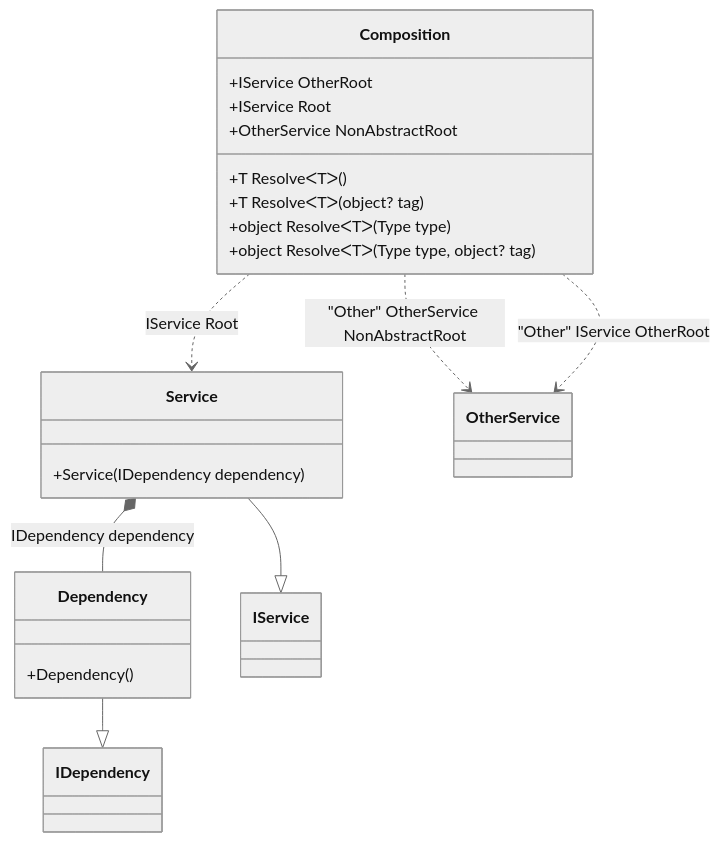
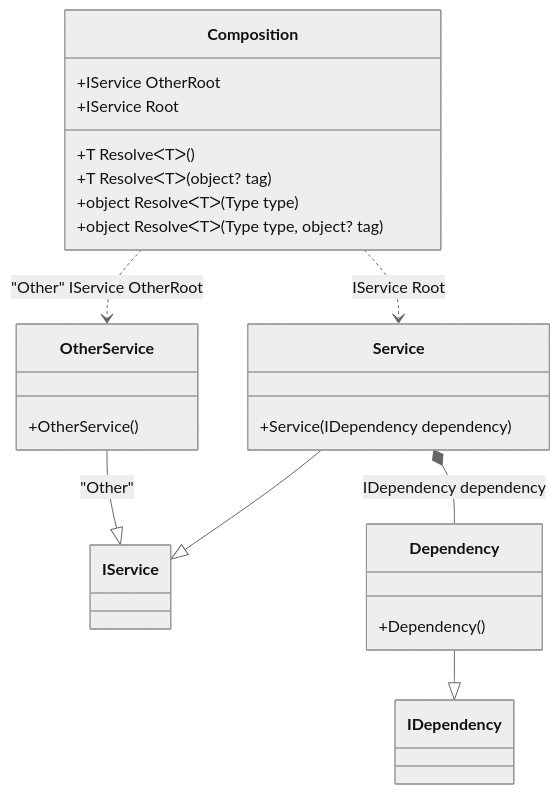
Before and after one commit to DevTeam/Pure.DI: the first of 33 diagrams in readme/Examples.md, drawn with Mermaid (neutral theme). The commit also changed other lines of this file and 17 other files, not shown here.

````diff
--- a/readme/Examples.md
+++ b/readme/Examples.md
@@ -45,24 +42,26 @@
 ```mermaid
 classDiagram
 class Composition {
 +IService OtherRoot
 +IService Root
-+OtherService NonAbstractRoot
 +T ResolveᐸTᐳ()
 +T ResolveᐸTᐳ(object? tag)
 +object ResolveᐸTᐳ(Type type)
 +object ResolveᐸTᐳ(Type type, object? tag)
 }
 Dependency --|> IDependency : 
 class Dependency {
 +Dependency()
 }
+OtherService --|> IService : "Other" 
+class OtherService {
++OtherService()
+}
 Service --|> IService : 
 class Service {
 +Service(IDependency dependency)
 }
-Composition ..> OtherService : "Other" OtherService NonAbstractRoot
 Composition ..> OtherService : "Other" IService OtherRoot
 Composition ..> Service : IService Root
-Service *-- Dependency : IDependency dependency
+Service*--Dependency : IDependency dependency
 ```
````
